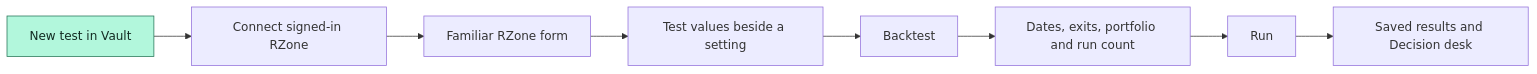
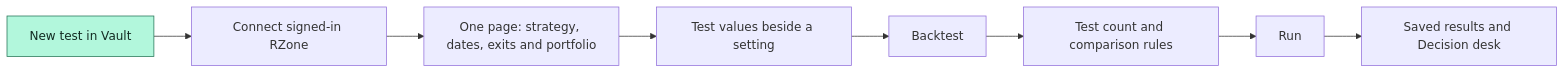
One commit to mamamiya7/backtest-vault changed the first of 4 diagrams in docs/EXPERIMENTS.md. Above: the diagram before and after it, drawn with Mermaid. The commit also changed other lines of this file and 19 other files, not shown here.

Commit message:
Load Radar categories and keep backtest setup on one page

````diff
--- a/docs/EXPERIMENTS.md
+++ b/docs/EXPERIMENTS.md
@@ -7,11 +7,11 @@
 ```mermaid
 flowchart LR
     A[New test in Vault] --> B[Connect signed-in RZone]
-    B --> C[Familiar RZone form]
+    B --> C[One page: strategy, dates, exits and portfolio]
     C --> D[Test values beside a setting]
     D --> E[Backtest]
-    E --> F[Dates, exits, portfolio and run count]
+    E --> F[Test count and comparison rules]
     F --> G[Run]
     G --> H[Saved results and Decision desk]
     style A fill:#b2f7dc,stroke:#247456,color:#122b22
 ```
````
